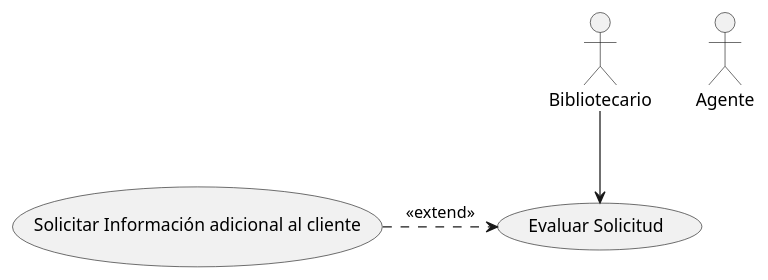
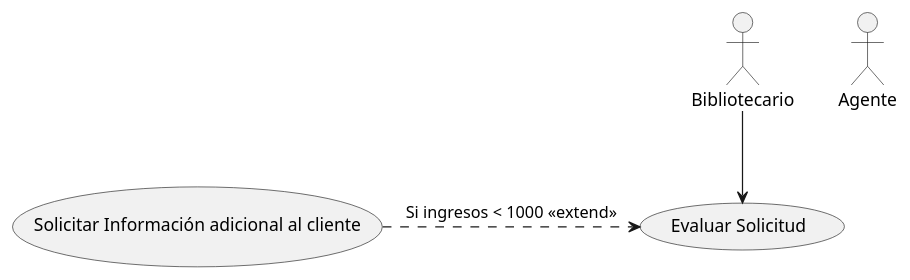
Before and after one commit to alejaandroobc/CasosDeUso2_UML: the diagram in src/CasosDeUso2_UML.puml, drawn with PlantUML. The commit also changed 1 other file, not shown here.

```diff
--- a/src/CasosDeUso2_UML.puml
+++ b/src/CasosDeUso2_UML.puml
@@ -1,8 +1,8 @@
 @startuml
 :Agente:
 usecase UC1 as "Evaluar Solicitud"
 usecase UC2 as "Solicitar Información adicional al cliente"
 
 Bibliotecario --> UC1
-UC2 .> UC1 :<<extend>>
+UC2 .> UC1 :Si ingresos < 1000 <<extend>>
 @enduml
```
